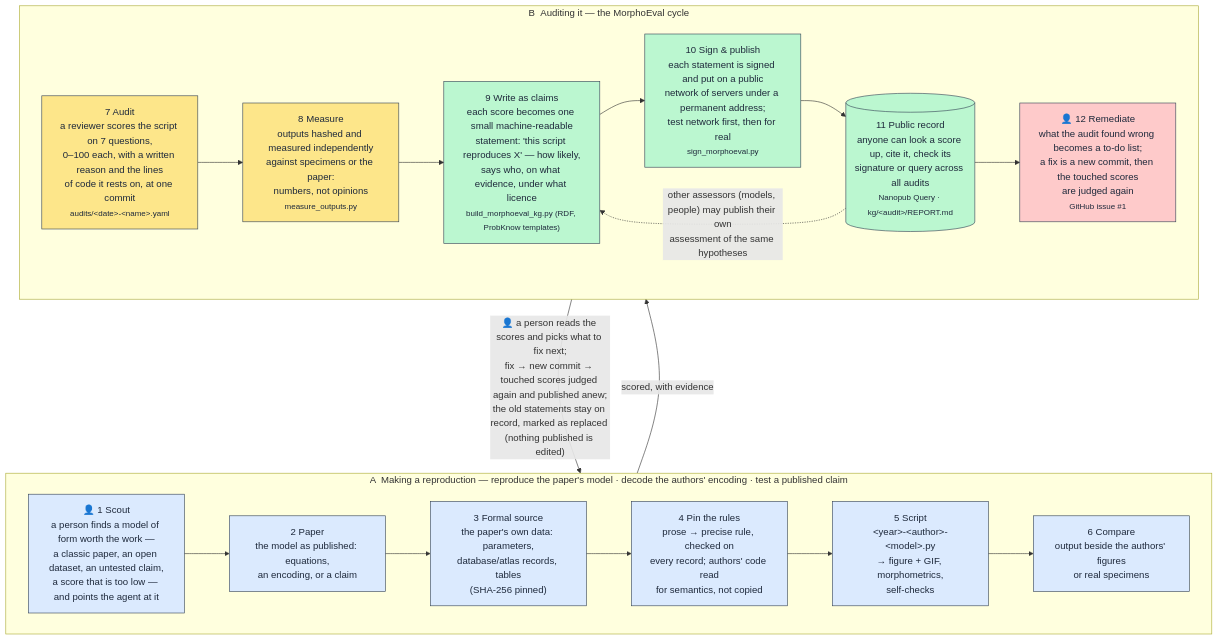
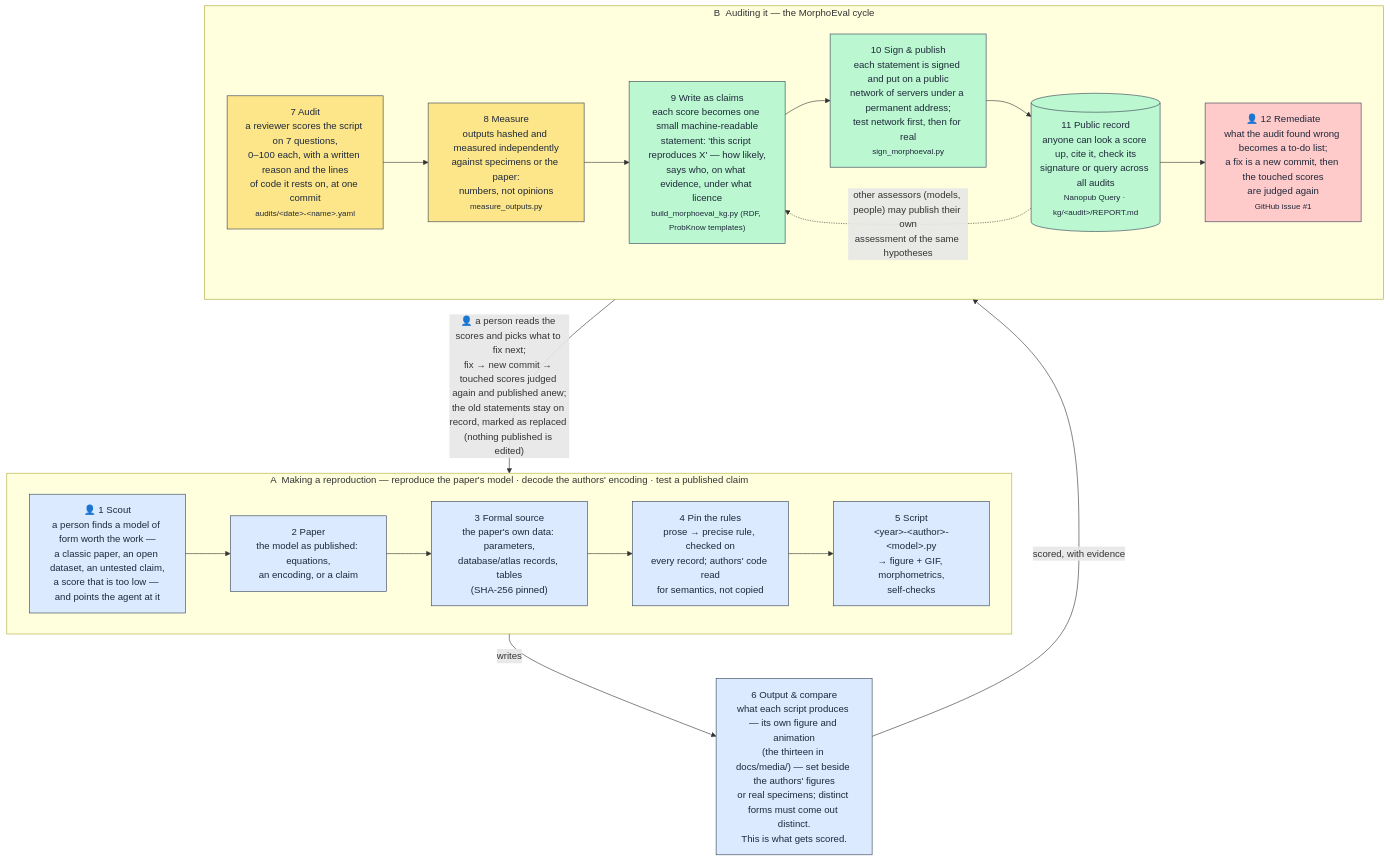
Before and after one commit to fractastical/morpholib: the diagram in morphoeval/README.md, drawn with Mermaid. The commit also changed other lines of this file and 6 other files, not shown here.

First line of the commit message:
Pipeline diagram: the animations are the scripts' output, so they sit inside the loop

````diff
--- a/morphoeval/README.md
+++ b/morphoeval/README.md
@@ -57,33 +58,35 @@
 ```mermaid
 flowchart TB
     classDef build fill:#dbeafe,stroke:#334155,color:#1e293b
     classDef eval fill:#fde68a,stroke:#334155,color:#1e293b
     classDef pub fill:#bbf7d0,stroke:#334155,color:#1e293b
     classDef loop fill:#fecaca,stroke:#334155,color:#1e293b
 
     subgraph A["A &nbsp;Making a reproduction — reproduce the paper's model · decode the authors' encoding · test a published claim"]
         direction LR
         SC["👤 1 Scout<br/>a person finds a model of form worth the work —<br/>a classic paper, an open dataset, an untested claim,<br/>a score that is too low — and points the agent at it"]:::build
         P["2 Paper<br/>the model as published: equations,<br/>an encoding, or a claim"]:::build
         S["3 Formal source<br/>the paper's own data: parameters,<br/>database/atlas records, tables<br/>(SHA-256 pinned)"]:::build
         R["4 Pin the rules<br/>prose → precise rule, checked on<br/>every record; authors' code read<br/>for semantics, not copied"]:::build
         X["5 Script<br/>&lt;year&gt;-&lt;author&gt;-&lt;model&gt;.py<br/>→ figure + GIF, morphometrics,<br/>self-checks"]:::build
-        C["6 Compare<br/>output beside the authors' figures<br/>or real specimens"]:::build
-        SC --> P --> S --> R --> X --> C
+        SC --> P --> S --> R --> X
     end
+
+    O["6 Output &amp; compare<br/>what each script produces — its own figure and animation<br/>(the thirteen in docs/media/) — set beside the authors' figures<br/>or real specimens; distinct forms must come out distinct.<br/>This is what gets scored."]:::build
+    X -- writes --> O
 
     subgraph B["B &nbsp;Auditing it — the MorphoEval cycle"]
         direction LR
         AU["7 Audit<br/>a reviewer scores the script on 7 questions,<br/>0–100 each, with a written reason and the lines<br/>of code it rests on, at one commit<br/><small>audits/&lt;date&gt;-&lt;name&gt;.yaml</small>"]:::eval
         M["8 Measure<br/>outputs hashed and measured independently<br/>against specimens or the paper:<br/>numbers, not opinions<br/><small>measure_outputs.py</small>"]:::eval
         BG["9 Write as claims<br/>each score becomes one small machine-readable<br/>statement: 'this script reproduces X' — how likely,<br/>says who, on what evidence, under what licence<br/><small>build_morphoeval_kg.py (RDF, ProbKnow templates)</small>"]:::pub
         PU["10 Sign &amp; publish<br/>each statement is signed and put on a public<br/>network of servers under a permanent address;<br/>test network first, then for real<br/><small>sign_morphoeval.py</small>"]:::pub
         G[("11 Public record<br/>anyone can look a score up, cite it, check its<br/>signature or query across all audits<br/><small>Nanopub Query · kg/&lt;audit&gt;/REPORT.md</small>")]:::pub
         T["👤 12 Remediate<br/>what the audit found wrong becomes a to-do list;<br/>a fix is a new commit, then the touched scores<br/>are judged again<br/><small>GitHub issue #1</small>"]:::loop
         AU --> M --> BG --> PU --> G --> T
     end
 
-    C -- scored, with evidence --> AU
+    O -- scored, with evidence --> AU
     T -- "👤 a person reads the scores and picks what to fix next;<br/>fix → new commit → touched scores judged again and published anew;<br/>the old statements stay on record, marked as replaced (nothing published is edited)" --> X
     G -. other assessors (models, people) may publish their own<br/>assessment of the same hypotheses .-> BG
 ```
````
